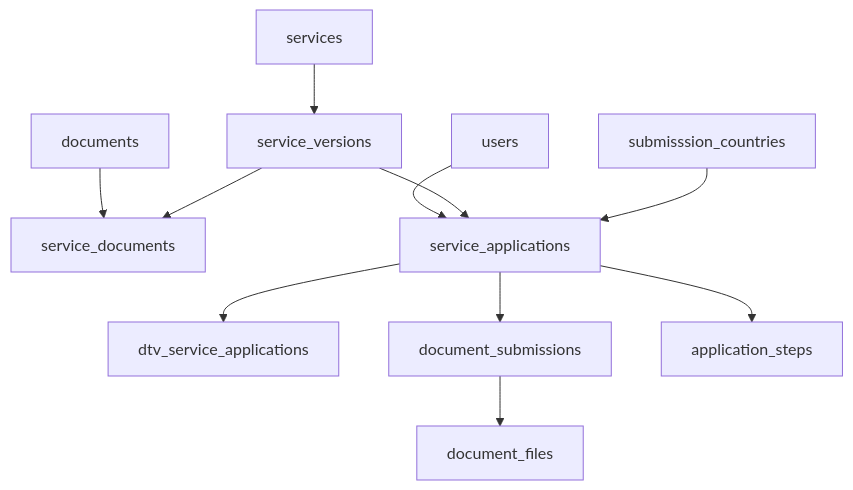
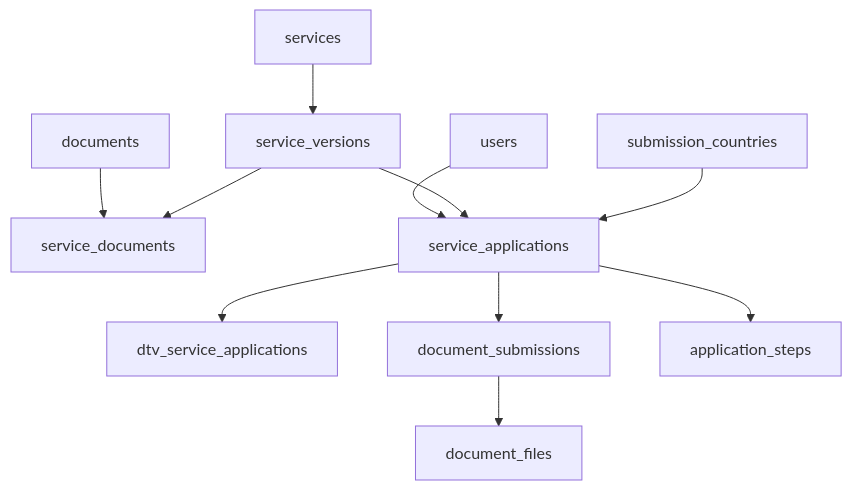
The third of 11 diagrams in diagrams.md (Kaung-HtetKyaw/readme-testing), drawn with Mermaid before and after one commit. The commit also changed other lines of this file, not shown here.

Commit message:
revise diagrams

````diff
--- a/diagrams.md
+++ b/diagrams.md
@@ -90,15 +103,15 @@
 ```mermaid
 flowchart TB
   S[services] --> SV[service_versions]
   D[documents] --> SD[service_documents]
   SV --> SD
 
   U[users] --> SA[service_applications]
   SV --> SA
-  C[submisssion_countries] --> SA
+  C[submission_countries] --> SA
 
   SA --> DTV[dtv_service_applications]
   SA --> DS[document_submissions]
   DS --> DF[document_files]
   SA --> ST[application_steps]
 ```
````
